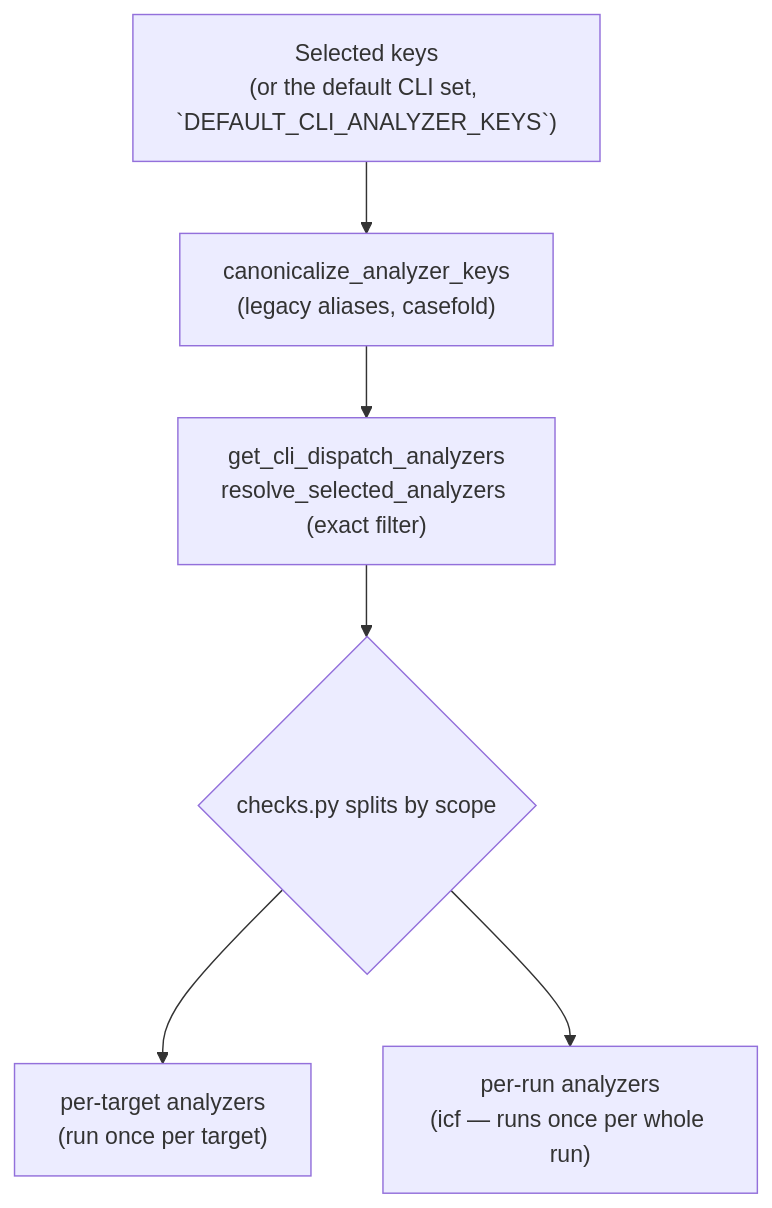
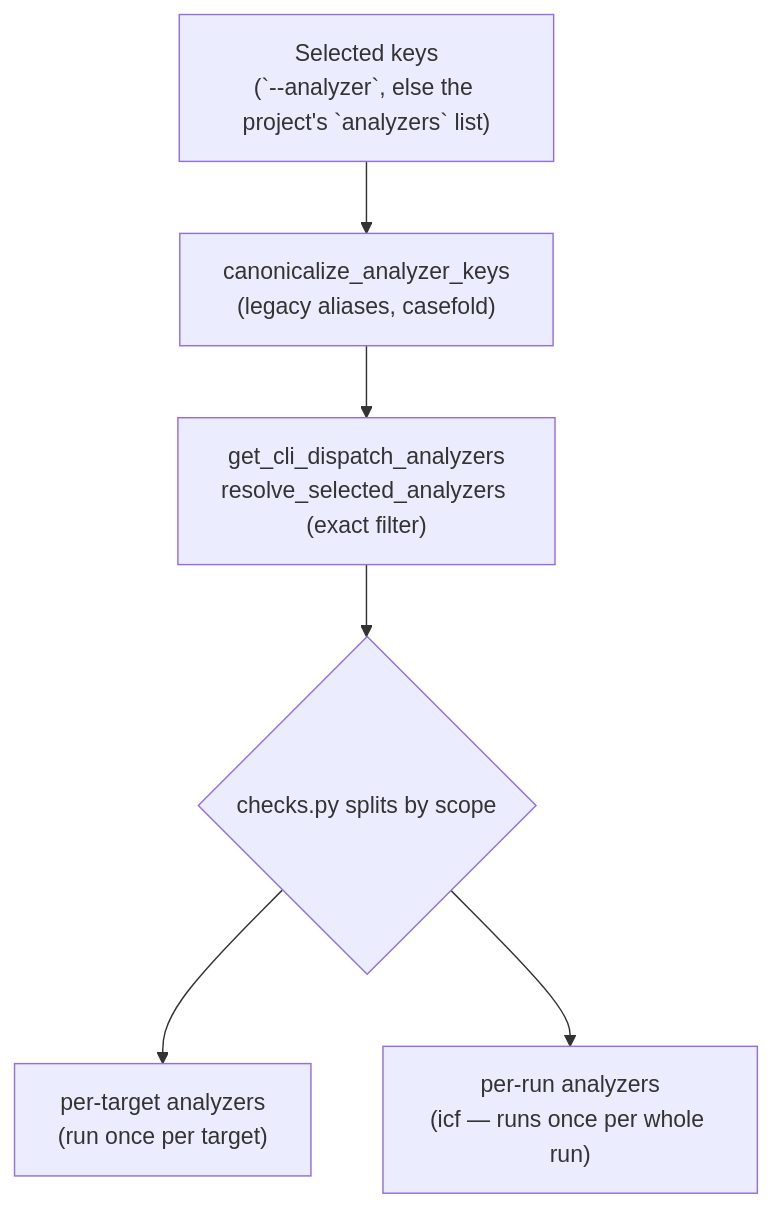
Before and after one commit to SorenHJohansen/SattLint: the third of 6 diagrams in ARCHITECTURE.md, drawn with Mermaid. The commit also changed 60 other files, not shown here.

````diff
--- a/ARCHITECTURE.md
+++ b/ARCHITECTURE.md
@@ -103,13 +103,13 @@
 ```mermaid
 flowchart TB
-    Keys["Selected keys<br/>(or the default CLI set, `DEFAULT_CLI_ANALYZER_KEYS`)"]
+    Keys["Selected keys<br/>(`--analyzer`, else the project's `analyzers` list)"]
     Canon["canonicalize_analyzer_keys<br/>(legacy aliases, casefold)"]
     Filter["get_cli_dispatch_analyzers<br/>resolve_selected_analyzers (exact filter)"]
     Split{"checks.py splits by scope"}
     Batch["per-target analyzers<br/>(run once per target)"]
     Whole["per-run analyzers<br/>(icf — runs once per whole run)"]
 
     Keys --> Canon --> Filter --> Split
     Split --> Batch
     Split --> Whole
 ```
````
